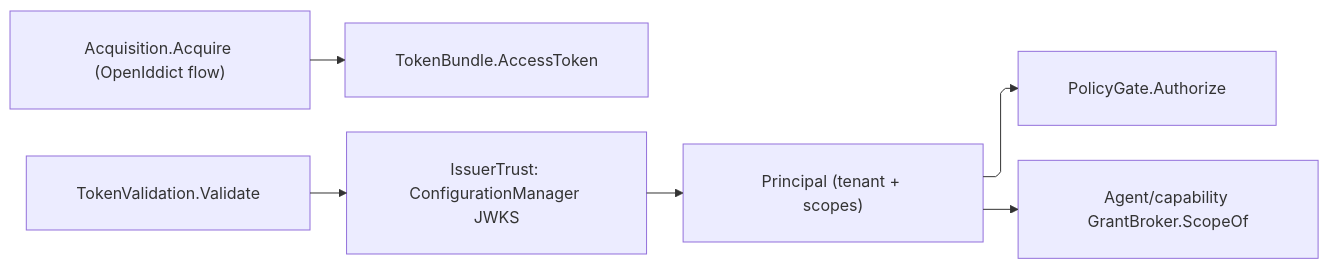
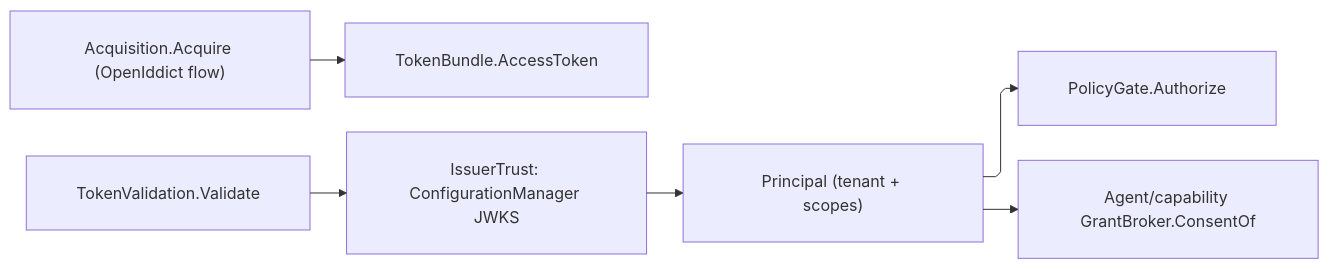
The diagram in libs/csharp/Rasm.AppHost/.planning/Agent/identity.md (bsamiee/Rasm), drawn with Mermaid before and after one commit. The commit also changed other lines of this file and 747 other files, not shown here.

````diff
--- a/libs/csharp/Rasm.AppHost/.planning/Agent/identity.md
+++ b/libs/csharp/Rasm.AppHost/.planning/Agent/identity.md
@@ -333,17 +570,17 @@
 ```mermaid
 ---
 config:
   layout: elk
   flowchart:
     curve: linear
     padding: 25
 ---
 flowchart LR
     accTitle: One identity boundary feeding the capability metering
     accDescr: Acquisition obtains a bearer; inbound validation against the rotating-JWKS issuer anchor produces one Principal; the policy gate evaluates claims; the validated Principal's tenant feeds the grant broker.
     Acquire["Acquisition.Acquire (OpenIddict flow)"] --> Bearer["TokenBundle.AccessToken"]
     Inbound["TokenValidation.Validate"] --> Anchor["IssuerTrust: ConfigurationManager JWKS"]
     Anchor --> Principal["Principal (tenant + scopes)"]
     Principal --> Gate["PolicyGate.Authorize"]
-    Principal --> Broker["Agent/capability GrantBroker.ScopeOf"]
+    Principal --> Broker["Agent/capability GrantBroker.ConsentOf"]
 ```
````
